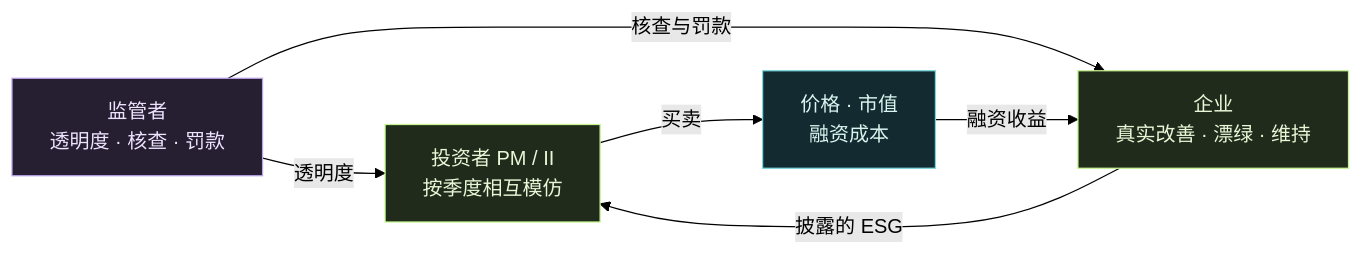
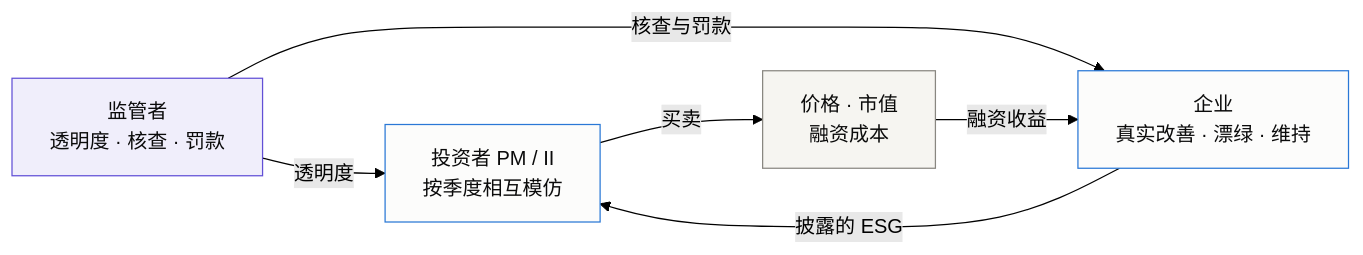
Before and after one commit to HarshRajSinghania/financial-ABM: the diagram in README.md, drawn with Mermaid (forest theme). The commit also changed other lines of this file and 2 other files, not shown here.

First line of the commit message:
docs: README cover and showcase text in the light policy-desk style

````diff
--- a/README.md
+++ b/README.md
@@ -45,14 +45,14 @@
 ```mermaid
 flowchart LR
     INV["投资者 PM / II<br/>按季度相互模仿"] -->|买卖| MKT["价格 · 市值<br/>融资成本"]
     MKT -->|融资收益| FIRM["企业<br/>真实改善 · 漂绿 · 维持"]
     FIRM -->|披露的 ESG| INV
     REG["监管者<br/>透明度 · 核查 · 罚款"] -->|核查与罚款| FIRM
     REG -->|透明度| INV
-    classDef info fill:#122a30,stroke:#75d8df,color:#d9f5ef
-    classDef agent fill:#202b1c,stroke:#c6f590,color:#e8f8d7
-    classDef policy fill:#251f31,stroke:#bca5eb,color:#eee3ff
+    classDef info fill:#f6f5f1,stroke:#898781,color:#0b0b0b
+    classDef agent fill:#fcfcfb,stroke:#2a78d6,color:#0b0b0b
+    classDef policy fill:#f0eefb,stroke:#6250d6,color:#0b0b0b
     class MKT info
     class INV,FIRM agent
     class REG policy
 ```
````
